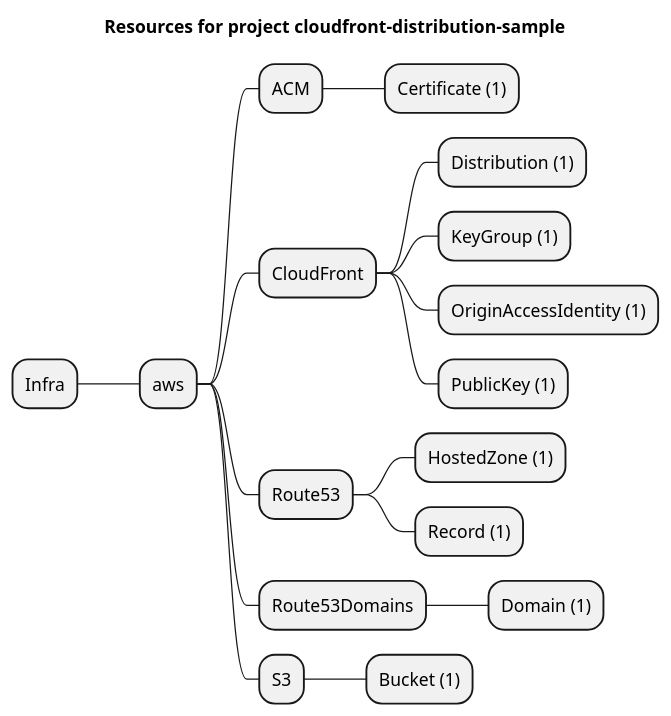
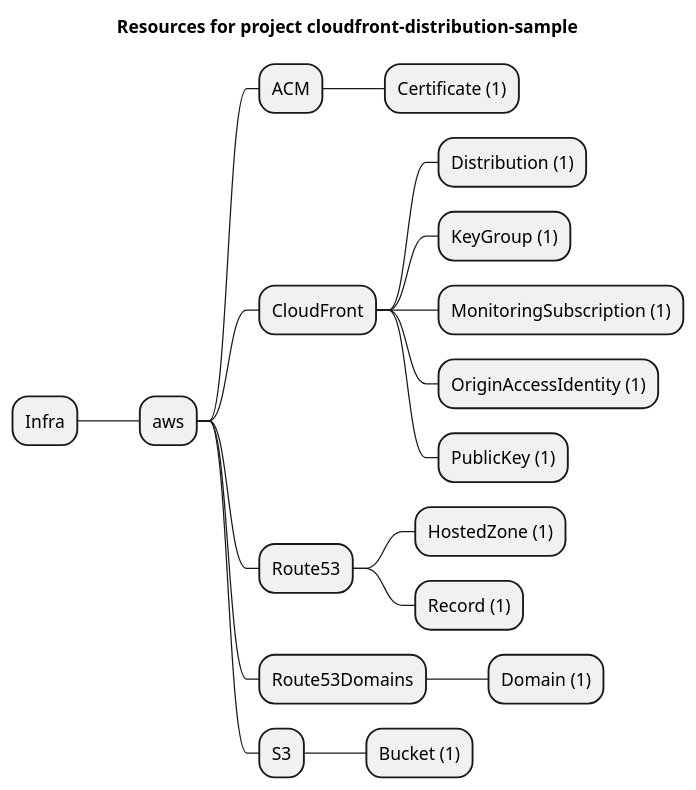
Before and after one commit to grucloud/grucloud: the diagram in examples/aws/CloudFront/cloudfront-distribution/artifacts/resources-mindmap.puml, drawn with PlantUML. The commit also changed 7 other files, not shown here.

Commit message:
CloudFrontMonitoringSubscription

```diff
--- a/examples/aws/CloudFront/cloudfront-distribution/artifacts/resources-mindmap.puml
+++ b/examples/aws/CloudFront/cloudfront-distribution/artifacts/resources-mindmap.puml
@@ -1,20 +1,21 @@
 @startmindmap
 title Resources for project cloudfront-distribution-sample
 skinparam monochrome true
 + Infra
 ++ aws
 +++ ACM
 ++++ Certificate (1)
 +++ CloudFront
 ++++ Distribution (1)
 ++++ KeyGroup (1)
+++++ MonitoringSubscription (1)
 ++++ OriginAccessIdentity (1)
 ++++ PublicKey (1)
 +++ Route53
 ++++ HostedZone (1)
 ++++ Record (1)
 +++ Route53Domains
 ++++ Domain (1)
 +++ S3
 ++++ Bucket (1)
 @endmindmap
```
